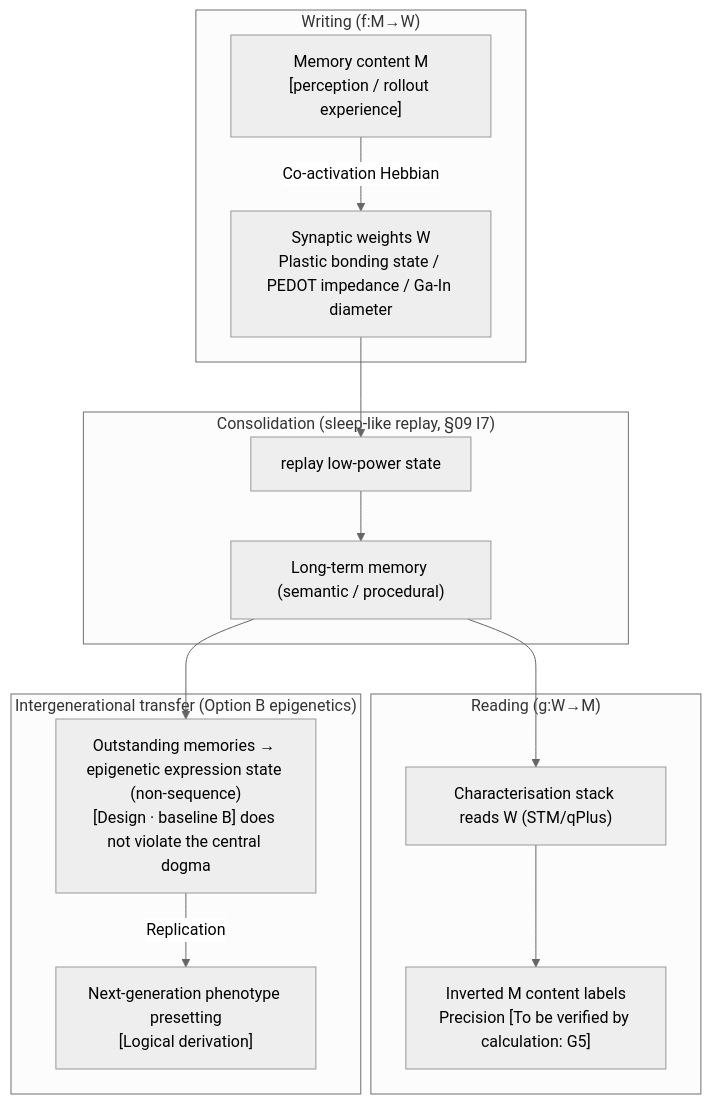
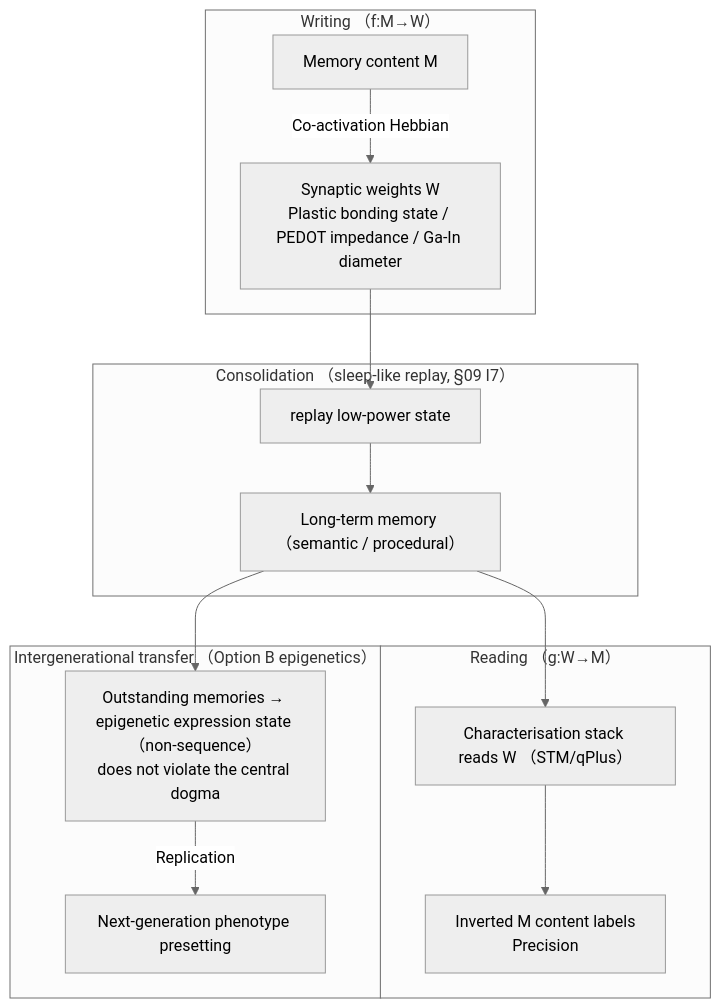
Before and after one commit to RichardASimon/Silicon-Biological-Blueprint: the first of 2 diagrams in en-US/07-Memory-System.md, drawn with Mermaid (neutral theme). The commit also changed other lines of this file and 23 other files, not shown here.

First line of the commit message:
docs: repair all mermaid diagrams and add emergence mechanisms with literature

````diff
--- a/en-US/07-Memory-System.md
+++ b/en-US/07-Memory-System.md
@@ -160,29 +160,25 @@
 ```mermaid
 flowchart TB
-    subgraph WRITE["Writing (f:M→W)"]
-        M["Memory content M<br/>[perception / rollout experience]"]
+    subgraph WRITE["Writing （f:M→W）"]
+        M["Memory content M<br/>"]
         W["Synaptic weights W<br/>Plastic bonding state / PEDOT impedance / Ga-In diameter<br/>"]
         M -->|Co-activation Hebbian| W
     end
-
-    subgraph CONSOL["Consolidation (sleep-like replay, §09 I7)"]
+    subgraph CONSOL["Consolidation （sleep-like replay, §09 I7）"]
         R["replay low-power state<br/>"]
-        L["Long-term memory (semantic / procedural)<br/>"]
+        L["Long-term memory （semantic / procedural）<br/>"]
         R --> L
     end
-
-    subgraph READ["Reading (g:W→M)"]
-        G["Characterisation stack reads W (STM/qPlus)<br/>"]
-        MO["Inverted M content labels<br/>Precision [To be verified by calculation: G5]"]
+    subgraph READ["Reading （g:W→M）"]
+        G["Characterisation stack reads W （STM/qPlus）<br/>"]
+        MO["Inverted M content labels<br/>Precision"]
         G --> MO
     end
-
-    subgraph GENE["Intergenerational transfer (Option B epigenetics)"]
-        B["Outstanding memories → epigenetic expression state (non-sequence)<br/>[Design · baseline B] does not violate the central dogma"]
-        B -->|Replication| NEXT["Next-generation phenotype presetting<br/>[Logical derivation]"]
+    subgraph GENE["Intergenerational transfer （Option B epigenetics）"]
+        B["Outstanding memories → epigenetic expression state （non-sequence）<br/>does not violate the central dogma"]
+        B -->|Replication| NEXT["Next-generation phenotype presetting<br/>"]
     end
-
     W --> R
     L --> G
     L --> B
 ```
````
